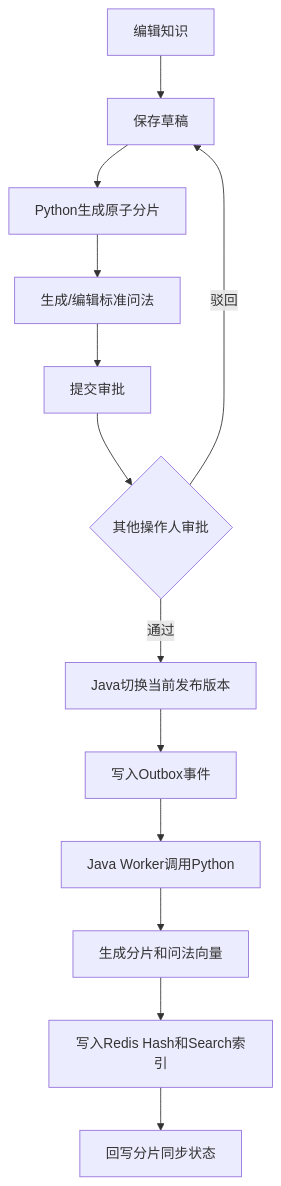
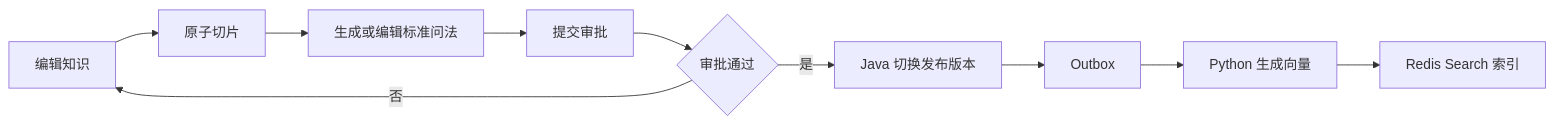
One commit to chinz-marx/smart-customer-service changed the third of 3 diagrams in README.md. Above: the diagram before and after it, drawn with Mermaid. The commit also changed other lines of this file and 71 other files, not shown here.

````diff
--- a/README.md
+++ b/README.md
@@ -329,15 +120,12 @@
 ```mermaid
-flowchart TD
-    EDIT[编辑知识] --> DRAFT[保存草稿]
-    DRAFT --> SPLIT[Python生成原子分片]
-    SPLIT --> QUESTION[生成/编辑标准问法]
-    QUESTION --> SUBMIT[提交审批]
-    SUBMIT --> CHECK{其他操作人审批}
-    CHECK -->|驳回| DRAFT
-    CHECK -->|通过| CURRENT[Java切换当前发布版本]
-    CURRENT --> OUTBOX[写入Outbox事件]
-    OUTBOX --> WORKER[Java Worker调用Python]
-    WORKER --> EMBED[生成分片和问法向量]
-    EMBED --> INDEX[写入Redis Hash和Search索引]
-    INDEX --> CALLBACK[回写分片同步状态]
+flowchart LR
+    A[编辑知识] --> B[原子切片]
+    B --> C[生成或编辑标准问法]
+    C --> D[提交审批]
+    D --> E{审批通过}
+    E -->|否| A
+    E -->|是| F[Java 切换发布版本]
+    F --> G[Outbox]
+    G --> H[Python 生成向量]
+    H --> I[Redis Search 索引]
 ```
````
